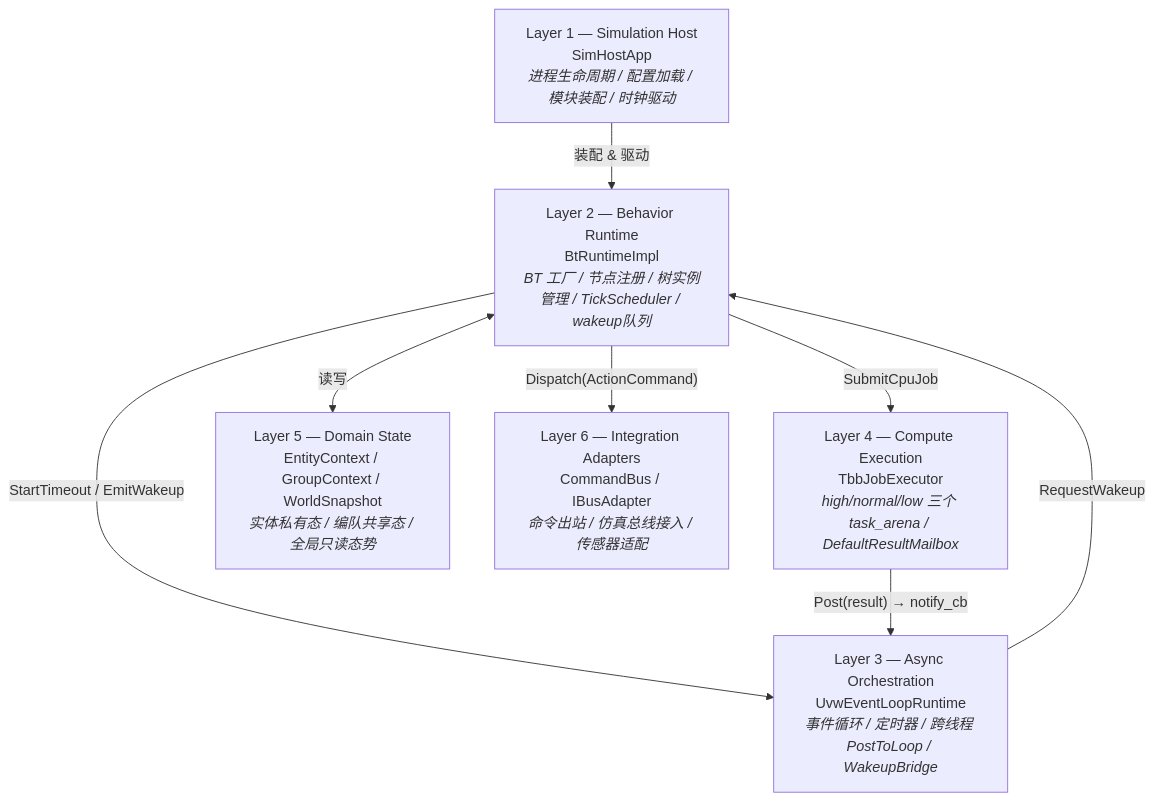
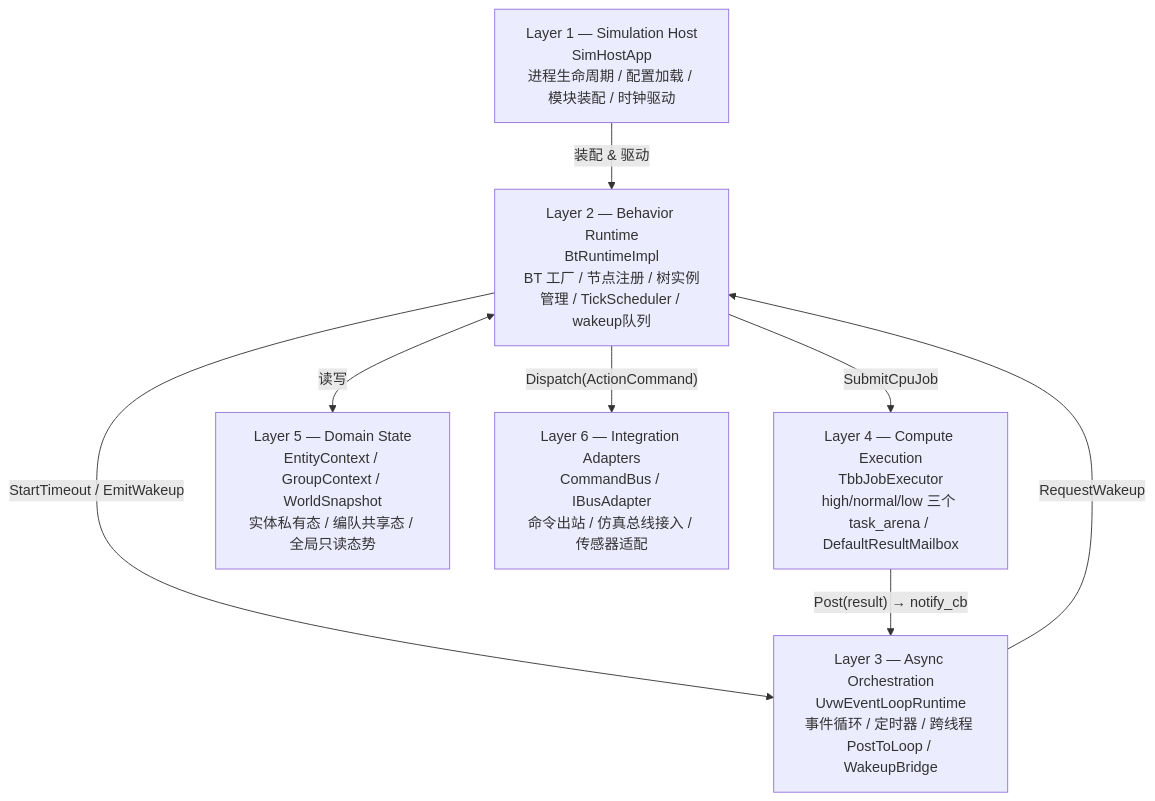
The first of 8 diagrams in docs/design/architecture.md (xin-gao-04/sim-behavior), drawn with Mermaid before and after one commit. The commit also changed other lines of this file, not shown here.

First line of the commit message:
docs: 修复 Mermaid 图表渲染问题 + 更新依赖版本

````diff
--- a/docs/design/architecture.md
+++ b/docs/design/architecture.md
@@ -14,17 +14,17 @@
 ```mermaid
 graph TB
-    L1["Layer 1 — Simulation Host<br/>SimHostApp<br/><i>进程生命周期 / 配置加载 / 模块装配 / 时钟驱动</i>"]
-    L2["Layer 2 — Behavior Runtime<br/>BtRuntimeImpl<br/><i>BT 工厂 / 节点注册 / 树实例管理 / TickScheduler / wakeup队列</i>"]
-    L3["Layer 3 — Async Orchestration<br/>UvwEventLoopRuntime<br/><i>事件循环 / 定时器 / 跨线程 PostToLoop / WakeupBridge</i>"]
-    L4["Layer 4 — Compute Execution<br/>TbbJobExecutor<br/><i>high/normal/low 三个 task_arena / DefaultResultMailbox</i>"]
-    L5["Layer 5 — Domain State<br/>EntityContext / GroupContext / WorldSnapshot<br/><i>实体私有态 / 编队共享态 / 全局只读态势</i>"]
-    L6["Layer 6 — Integration Adapters<br/>CommandBus / IBusAdapter<br/><i>命令出站 / 仿真总线接入 / 传感器适配</i>"]
+    L1["Layer 1 — Simulation Host<br/>SimHostApp<br/>进程生命周期 / 配置加载 / 模块装配 / 时钟驱动"]
+    L2["Layer 2 — Behavior Runtime<br/>BtRuntimeImpl<br/>BT 工厂 / 节点注册 / 树实例管理 / TickScheduler / wakeup队列"]
+    L3["Layer 3 — Async Orchestration<br/>UvwEventLoopRuntime<br/>事件循环 / 定时器 / 跨线程 PostToLoop / WakeupBridge"]
+    L4["Layer 4 — Compute Execution<br/>TbbJobExecutor<br/>high/normal/low 三个 task_arena / DefaultResultMailbox"]
+    L5["Layer 5 — Domain State<br/>EntityContext / GroupContext / WorldSnapshot<br/>实体私有态 / 编队共享态 / 全局只读态势"]
+    L6["Layer 6 — Integration Adapters<br/>CommandBus / IBusAdapter<br/>命令出站 / 仿真总线接入 / 传感器适配"]
 
     L1 -->|"装配 & 驱动"| L2
     L2 -->|"StartTimeout / EmitWakeup"| L3
     L2 -->|"SubmitCpuJob"| L4
     L3 -->|"RequestWakeup"| L2
     L4 -->|"Post(result) → notify_cb"| L3
     L2 <-->|"读写"| L5
     L2 -->|"Dispatch(ActionCommand)"| L6
 ```
````
